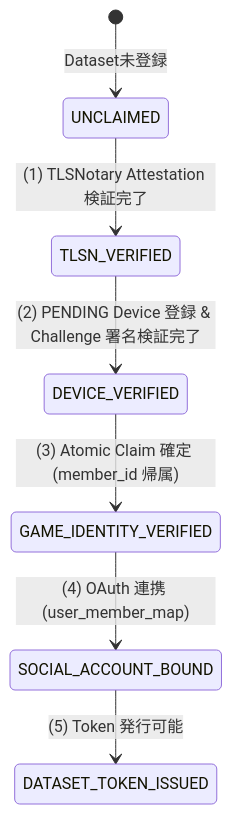
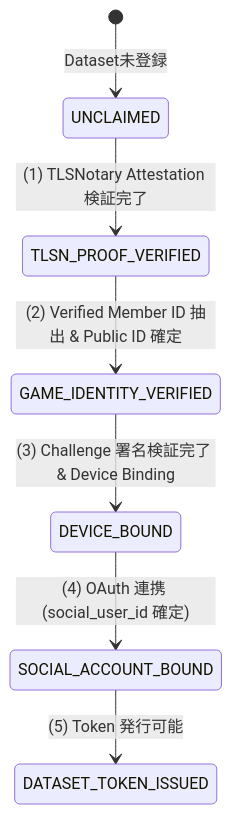
Before and after one commit to tsukasa-u/FUSOU: the first of 2 diagrams in docs/operations/member-id-preemptive-attack-and-recovery.md, drawn with Mermaid. The commit also changed other lines of this file and 1 other file, not shown here.

First line of the commit message:
docs(operations): consolidate PENDING and Challenge API into single context

````diff
--- a/docs/operations/member-id-preemptive-attack-and-recovery.md
+++ b/docs/operations/member-id-preemptive-attack-and-recovery.md
@@ -252,10 +260,10 @@
 ```mermaid
 stateDiagram-v2
     [*] --> UNCLAIMED: Dataset未登録
     
-    UNCLAIMED --> TLSN_VERIFIED: (1) TLSNotary Attestation 検証完了
-    TLSN_VERIFIED --> DEVICE_VERIFIED: (2) PENDING Device 登録 & Challenge 署名検証完了
-    DEVICE_VERIFIED --> GAME_IDENTITY_VERIFIED: (3) Atomic Claim 確定 (member_id 帰属)
-    GAME_IDENTITY_VERIFIED --> SOCIAL_ACCOUNT_BOUND: (4) OAuth 連携 (user_member_map)
+    UNCLAIMED --> TLSN_PROOF_VERIFIED: (1) TLSNotary Attestation 検証完了
+    TLSN_PROOF_VERIFIED --> GAME_IDENTITY_VERIFIED: (2) Verified Member ID 抽出 & Public ID 確定
+    GAME_IDENTITY_VERIFIED --> DEVICE_BOUND: (3) Challenge 署名検証完了 & Device Binding
+    DEVICE_BOUND --> SOCIAL_ACCOUNT_BOUND: (4) OAuth 連携 (social_user_id 確定)
     SOCIAL_ACCOUNT_BOUND --> DATASET_TOKEN_ISSUED: (5) Token 発行可能
 ```
````
